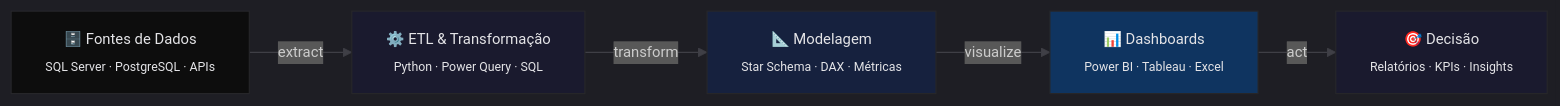
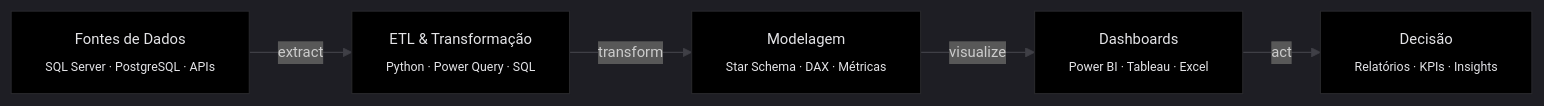
Before and after one commit to ezequielgomes10/ezequielgomes10: the diagram in README.md, drawn with Mermaid. The commit also changed other lines of this file, not shown here.

````diff
--- a/README.md
+++ b/README.md
@@ -205,16 +205,16 @@
 ```mermaid
-%%{init: {'theme': 'dark', 'themeVariables': { 'primaryColor': '#1a1a2e', 'primaryTextColor': '#e4e4e7', 'primaryBorderColor': '#27272a', 'lineColor': '#3f3f46', 'secondaryColor': '#16213e', 'tertiaryColor': '#0f3460', 'fontSize': '13px', 'fontFamily': 'Inter, system-ui, sans-serif'}}}%%
+%%{init: {'theme': 'dark', 'themeVariables': { 'primaryColor': '#000000', 'primaryTextColor': '#e4e4e7', 'primaryBorderColor': '#27272a', 'lineColor': '#3f3f46', 'secondaryColor': '#000000', 'tertiaryColor': '#000000', 'fontSize': '13px', 'fontFamily': 'Inter, system-ui, sans-serif'}}}%%
 
 flowchart LR
-    A["🗄️ Fontes de Dados\n<sub>SQL Server · PostgreSQL · APIs</sub>"]
-    -->|" extract "| B["⚙️ ETL & Transformação\n<sub>Python · Power Query · SQL</sub>"]
-    B -->|" transform "| C["📐 Modelagem\n<sub>Star Schema · DAX · Métricas</sub>"]
-    C -->|" visualize "| D["📊 Dashboards\n<sub>Power BI · Tableau · Excel</sub>"]
-    D -->|" act "| E["🎯 Decisão\n<sub>Relatórios · KPIs · Insights</sub>"]
+    A["Fontes de Dados\n<sub>SQL Server · PostgreSQL · APIs</sub>"]
+    -->|" extract "| B["ETL & Transformação\n<sub>Python · Power Query · SQL</sub>"]
+    B -->|" transform "| C["Modelagem\n<sub>Star Schema · DAX · Métricas</sub>"]
+    C -->|" visualize "| D["Dashboards\n<sub>Power BI · Tableau · Excel</sub>"]
+    D -->|" act "| E["Decisão\n<sub>Relatórios · KPIs · Insights</sub>"]
 
-    style A fill:#0d0d0d,stroke:#27272a,stroke-width:1px,color:#e4e4e7
-    style B fill:#1a1a2e,stroke:#27272a,stroke-width:1px,color:#e4e4e7
-    style C fill:#16213e,stroke:#27272a,stroke-width:1px,color:#e4e4e7
-    style D fill:#0f3460,stroke:#27272a,stroke-width:1px,color:#e4e4e7
-    style E fill:#1a1a2e,stroke:#27272a,stroke-width:1px,color:#e4e4e7
+    style A fill:#000000,stroke:#27272a,stroke-width:1px,color:#e4e4e7
+    style B fill:#000000,stroke:#27272a,stroke-width:1px,color:#e4e4e7
+    style C fill:#000000,stroke:#27272a,stroke-width:1px,color:#e4e4e7
+    style D fill:#000000,stroke:#27272a,stroke-width:1px,color:#e4e4e7
+    style E fill:#000000,stroke:#27272a,stroke-width:1px,color:#e4e4e7
 ```
````
